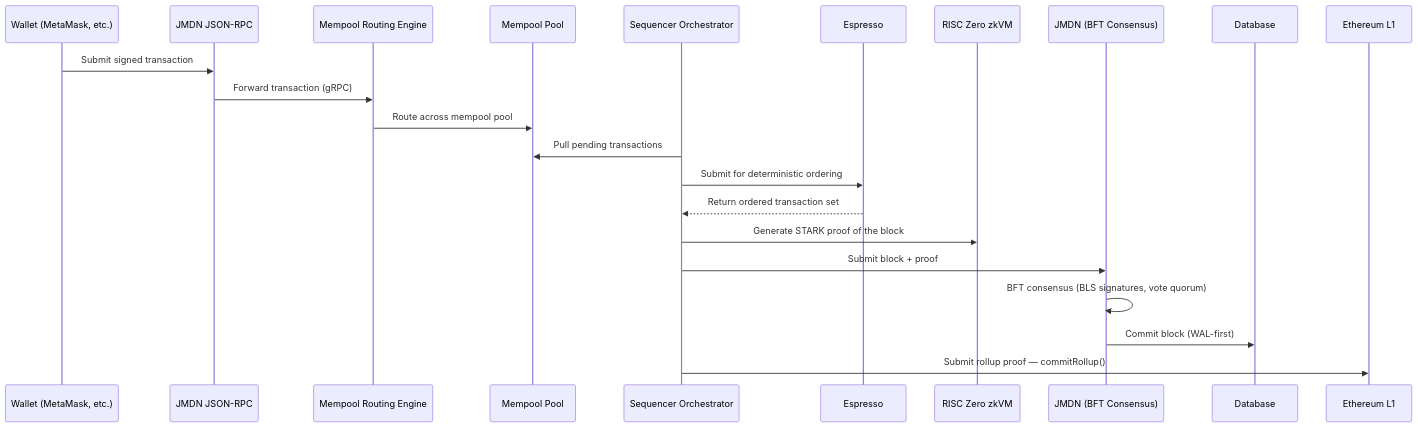
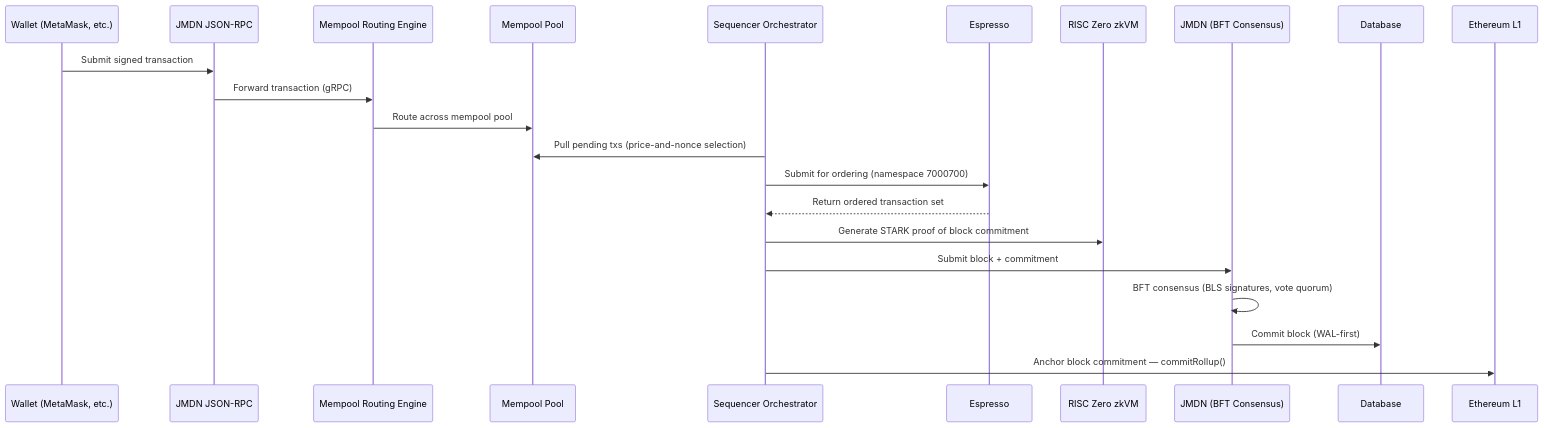
One commit to JupiterMetaLabs/docs changed the diagram in docs/transaction-lifecycle.md. Above: the diagram before and after it, drawn with Mermaid. The commit also changed other lines of this file and 13 other files, not shown here.

````diff
--- a/docs/transaction-lifecycle.md
+++ b/docs/transaction-lifecycle.md
@@ -19,25 +19,25 @@
 ```mermaid
 sequenceDiagram
     participant Wallet as Wallet (MetaMask, etc.)
     participant RPC as JMDN JSON-RPC
     participant MRE as Mempool Routing Engine
     participant Mempools as Mempool Pool
     participant Seq as Sequencer Orchestrator
     participant Espresso as Espresso
     participant zkVM as RISC Zero zkVM
     participant JMDN as JMDN (BFT Consensus)
     participant DB as Database
     participant L1 as Ethereum L1
 
     Wallet->>RPC: Submit signed transaction
     RPC->>MRE: Forward transaction (gRPC)
     MRE->>Mempools: Route across mempool pool
-    Seq->>Mempools: Pull pending transactions
-    Seq->>Espresso: Submit for deterministic ordering
+    Seq->>Mempools: Pull pending txs (price-and-nonce selection)
+    Seq->>Espresso: Submit for ordering (namespace 7000700)
     Espresso-->>Seq: Return ordered transaction set
-    Seq->>zkVM: Generate STARK proof of the block
-    Seq->>JMDN: Submit block + proof
+    Seq->>zkVM: Generate STARK proof of block commitment
+    Seq->>JMDN: Submit block + commitment
     JMDN->>JMDN: BFT consensus (BLS signatures, vote quorum)
     JMDN->>DB: Commit block (WAL-first)
-    Seq->>L1: Submit rollup proof — commitRollup()
+    Seq->>L1: Anchor block commitment — commitRollup()
 ```
````
